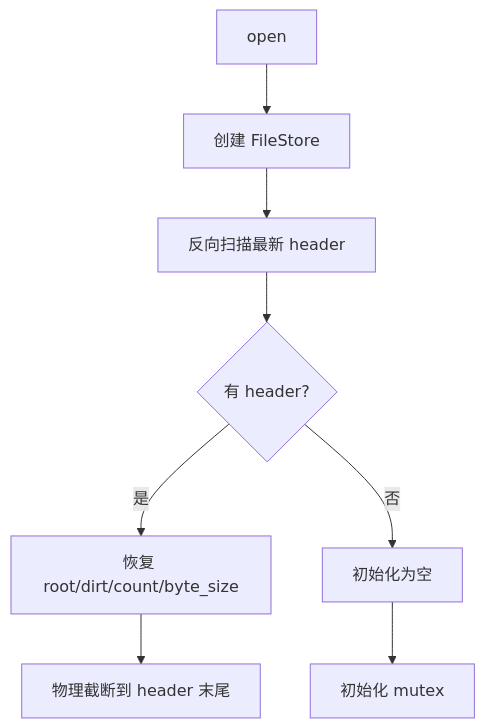
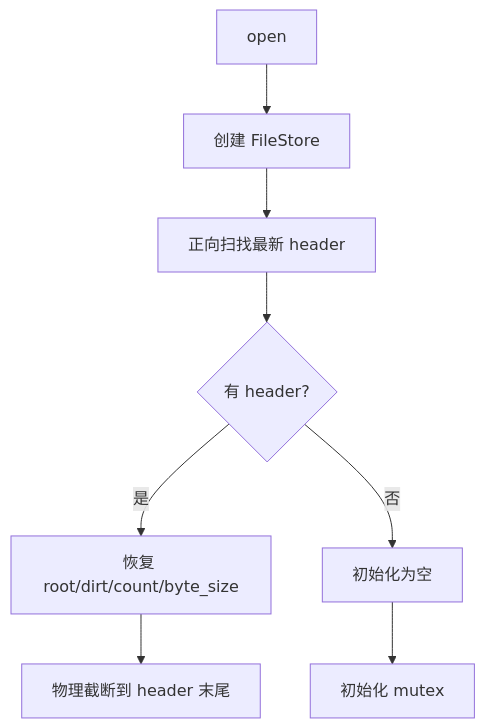
Before and after one commit to tt67wq/cube_db: the diagram in docs/tutorial/06-db-api.md, drawn with Mermaid. The commit also changed other lines of this file and 9 other files, not shown here.

````diff
--- a/docs/tutorial/06-db-api.md
+++ b/docs/tutorial/06-db-api.md
@@ -66,10 +71,10 @@
 ```mermaid
 graph TD
     A[open] --> B[创建 FileStore]
-    B --> C[反向扫描最新 header]
+    B --> C[正向扫找最新 header]
     C --> D{有 header?}
     D -->|是| E[恢复 root/dirt/count/byte_size]
     E --> F[物理截断到 header 末尾]
     D -->|否| G[初始化为空]
     G --> H[初始化 mutex]
 ```
````
